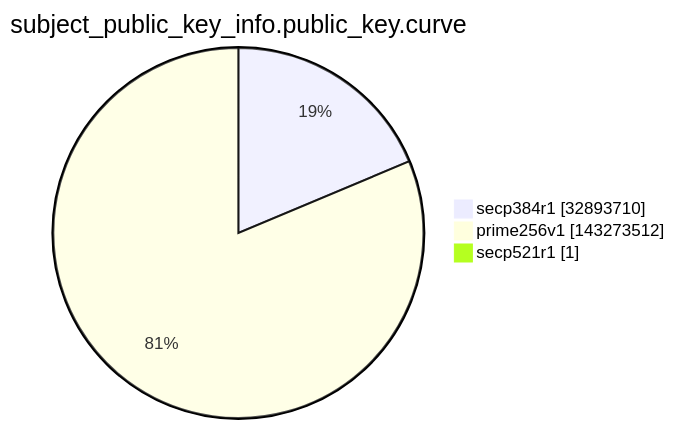
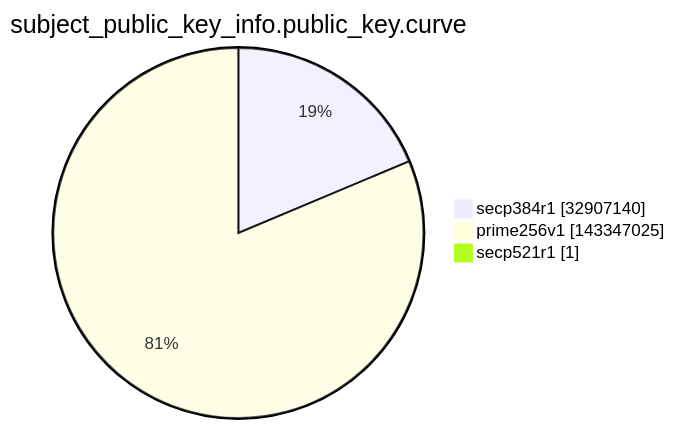
Before and after one commit to christiankrug/ctmonitor_visualization: the ninth of 15 diagrams in argon2022/README.md, drawn with Mermaid. The commit also changed other lines of this file, not shown here.

````diff
--- a/argon2022/README.md
+++ b/argon2022/README.md
@@ -2764,7 +2764,7 @@
 ```mermaid
 pie showData
 title subject_public_key_info.public_key.curve
-"secp384r1" :32893710
-"prime256v1" :143273512
+"secp384r1" :32907140
+"prime256v1" :143347025
 "secp521r1" :1
 ```
````
